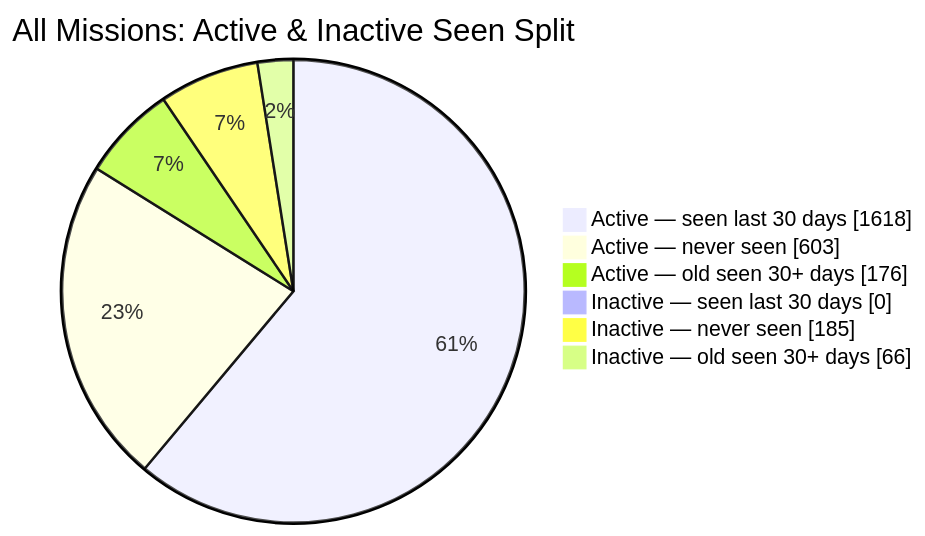
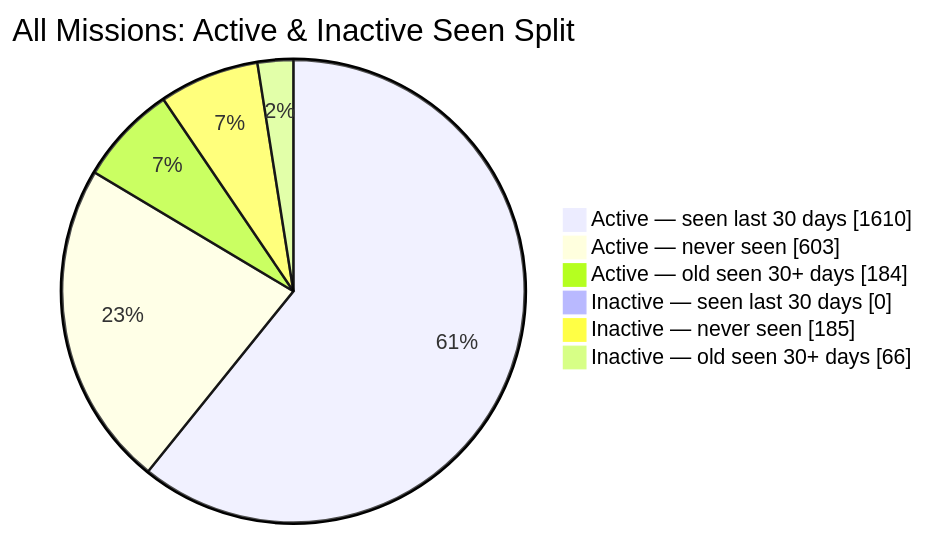
Before and after one commit to MeldkamerspelGameTeam/active-missions: the second of 2 diagrams in README.md, drawn with Mermaid. The commit also changed other lines of this file and 3 other files, not shown here.

````diff
--- a/README.md
+++ b/README.md
@@ -44,10 +44,10 @@
 ```mermaid
 pie showData
     title All Missions: Active & Inactive Seen Split
-    "Active — seen last 30 days" : 1618
+    "Active — seen last 30 days" : 1610
     "Active — never seen" : 603
-    "Active — old seen 30+ days" : 176
+    "Active — old seen 30+ days" : 184
     "Inactive — seen last 30 days" : 0
     "Inactive — never seen" : 185
     "Inactive — old seen 30+ days" : 66
 ```
````
